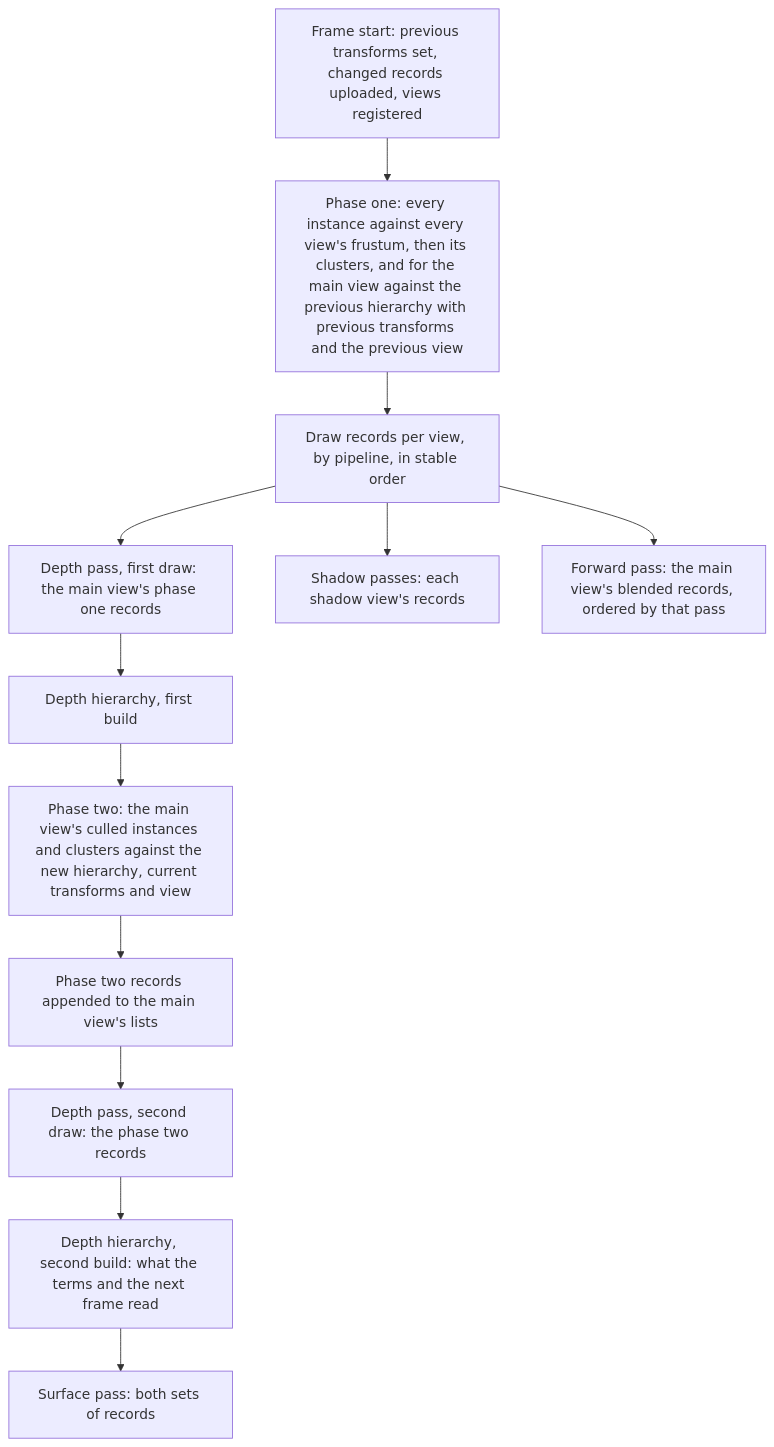
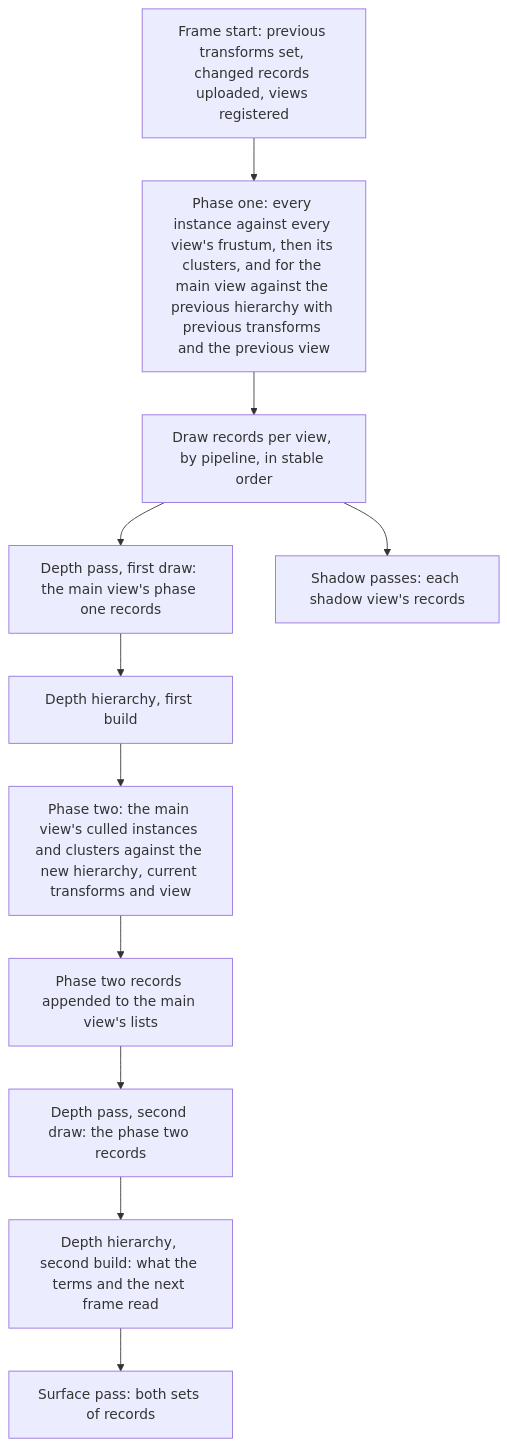
Before and after one commit to plainsight-systems/bullet-witch: the second of 2 diagrams in docs/architecture/scene.md, drawn with Mermaid. The commit also changed other lines of this file and 6 other files, not shown here.

First line of the commit message:
Order blended draws and decals on the CPU and run depth of field before the forward pass

````diff
--- a/docs/architecture/scene.md
+++ b/docs/architecture/scene.md
@@ -126,14 +133,13 @@
 ```mermaid
 flowchart TD
     FS["Frame start: previous transforms set, changed records uploaded, views registered"] --> P1["Phase one: every instance against every view's frustum, then its clusters, and for the main view against the previous hierarchy with previous transforms and the previous view"]
     P1 --> R1["Draw records per view, by pipeline, in stable order"]
     R1 --> D1["Depth pass, first draw: the main view's phase one records"]
     D1 --> H1["Depth hierarchy, first build"]
     H1 --> P2["Phase two: the main view's culled instances and clusters against the new hierarchy, current transforms and view"]
     P2 --> R2["Phase two records appended to the main view's lists"]
     R2 --> D2["Depth pass, second draw: the phase two records"]
     D2 --> H2["Depth hierarchy, second build: what the terms and the next frame read"]
     H2 --> SP["Surface pass: both sets of records"]
     R1 --> SH["Shadow passes: each shadow view's records"]
-    R1 --> FP["Forward pass: the main view's blended records, ordered by that pass"]
 ```
````
